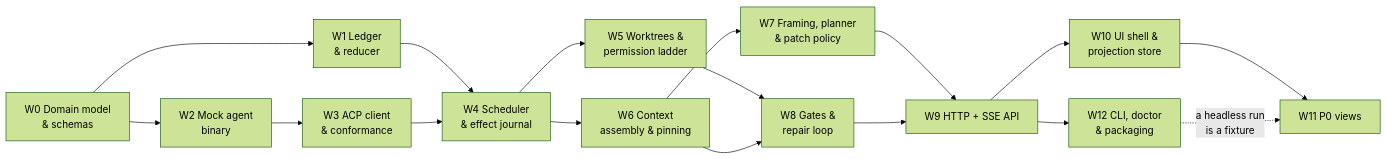
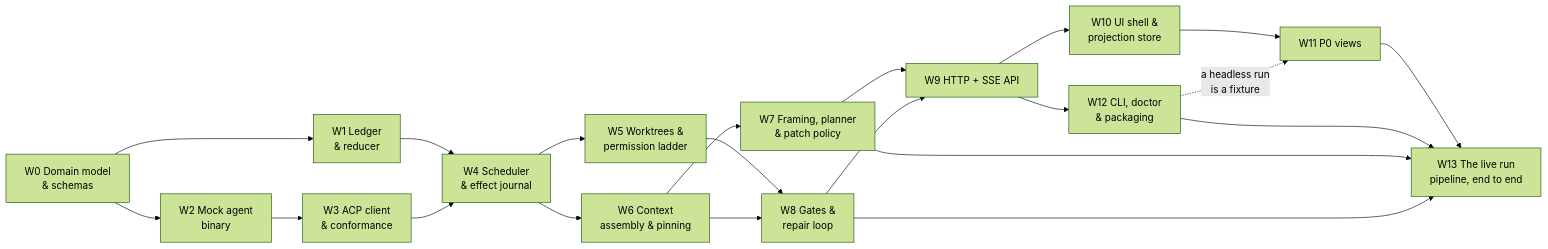
Before and after one commit to zohresalimi/dynamic-workflows: the diagram in docs/17-roadmap.md, drawn with Mermaid (forest theme). The commit also changed other lines of this file and 4 other files, not shown here.

````diff
--- a/docs/17-roadmap.md
+++ b/docs/17-roadmap.md
@@ -239,19 +239,23 @@
 ```mermaid
 graph LR
   W0[W0 Domain model<br/>& schemas] --> W1[W1 Ledger<br/>& reducer]
   W0 --> W2[W2 Mock agent<br/>binary]
   W1 --> W4[W4 Scheduler<br/>& effect journal]
   W2 --> W3[W3 ACP client<br/>& conformance]
   W3 --> W4
   W4 --> W5[W5 Worktrees &<br/>permission ladder]
   W4 --> W6[W6 Context<br/>assembly & pinning]
   W5 --> W8[W8 Gates &<br/>repair loop]
   W6 --> W7[W7 Framing, planner<br/>& patch policy]
   W6 --> W8
   W7 --> W9[W9 HTTP + SSE API]
   W8 --> W9
   W9 --> W10[W10 UI shell &<br/>projection store]
   W10 --> W11[W11 P0 views]
   W9 --> W12[W12 CLI, doctor<br/>& packaging]
   W12 -.->|a headless run<br/>is a fixture| W11
+  W11 --> W13[W13 The live run<br/>pipeline, end to end]
+  W12 --> W13
+  W7 --> W13
+  W8 --> W13
 ```
````
